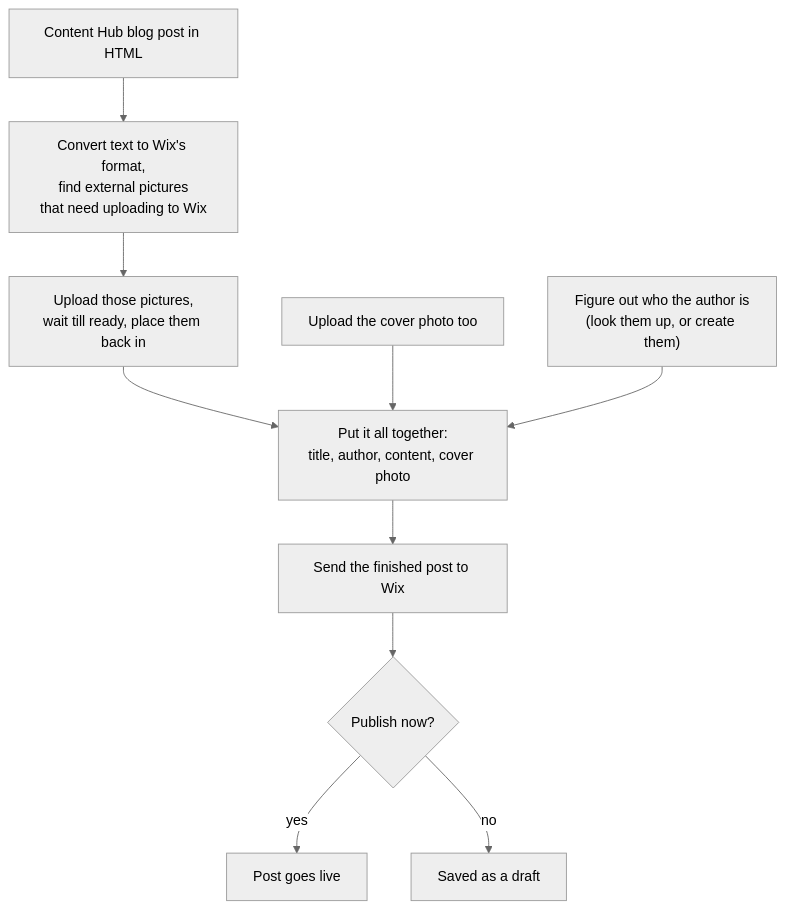
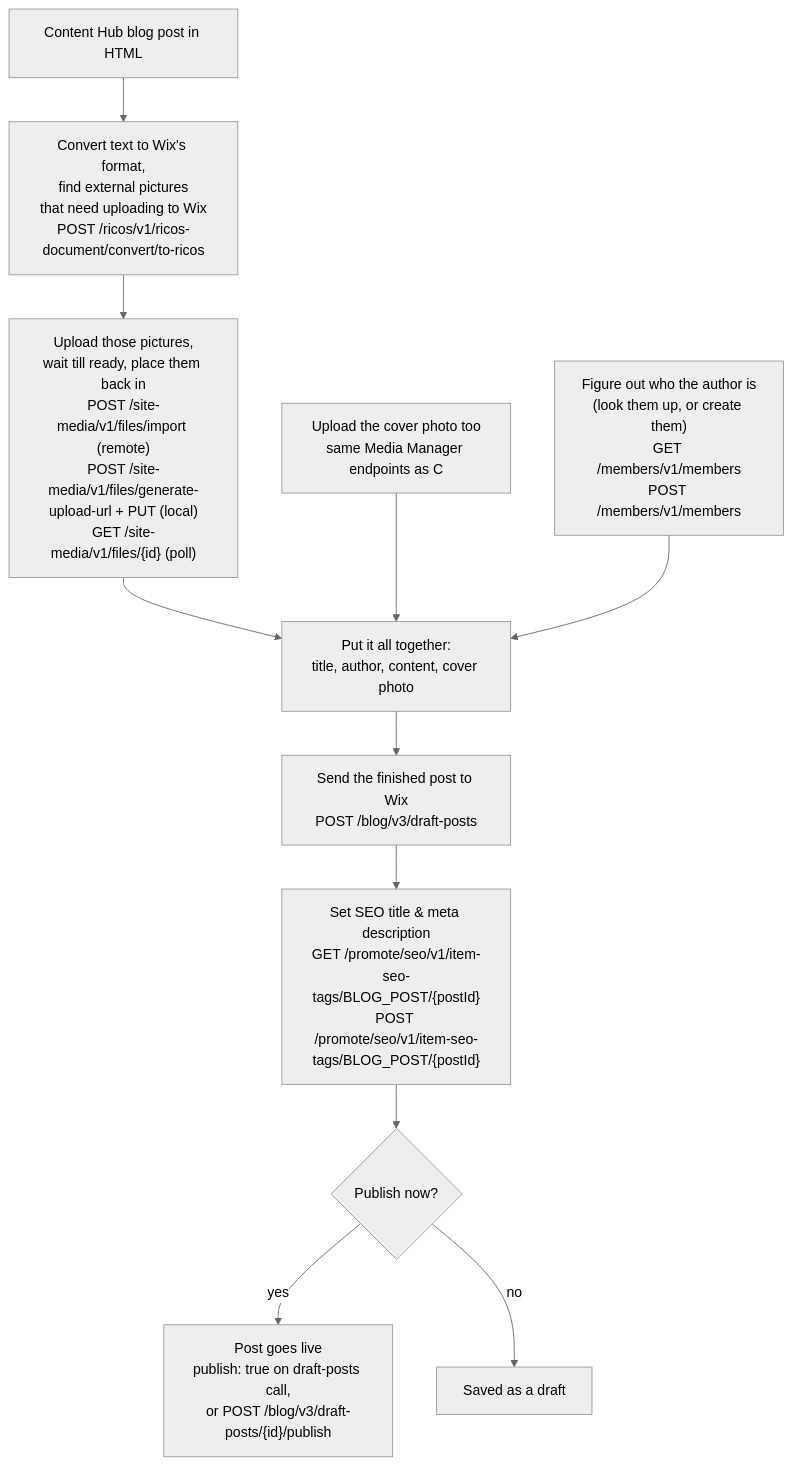
One commit to Frontend-Falcon/wix-demo changed the second of 2 diagrams in docs/wix-blog-publish-guide.md. Above: the diagram before and after it, drawn with Mermaid (neutral theme). The commit also changed other lines of this file, not shown here.

````diff
--- a/docs/wix-blog-publish-guide.md
+++ b/docs/wix-blog-publish-guide.md
@@ -50,13 +50,14 @@
 ```mermaid
 flowchart TD
     A["Content Hub blog post in HTML"] --> E
-    E["Convert text to Wix's format,\nfind external pictures\nthat need uploading to Wix"] --> C
-    C["Upload those pictures,\nwait till ready, place them back in"] --> H
-    Cover["Upload the cover photo too"] --> H
-    G["Figure out who the author is\n(look them up, or create them)"] --> H
+    E["Convert text to Wix's format,\nfind external pictures\nthat need uploading to Wix\nPOST /ricos/v1/ricos-document/convert/to-ricos"] --> C
+    C["Upload those pictures,\nwait till ready, place them back in\nPOST /site-media/v1/files/import (remote)\nPOST /site-media/v1/files/generate-upload-url + PUT (local)\nGET /site-media/v1/files/{id} (poll)"] --> H
+    Cover["Upload the cover photo too\nsame Media Manager endpoints as C"] --> H
+    G["Figure out who the author is\n(look them up, or create them)\nGET /members/v1/members\nPOST /members/v1/members"] --> H
     H["Put it all together:\ntitle, author, content, cover photo"]
-    H --> J["Send the finished post to Wix"]
-    J --> K{"Publish now?"}
-    K -->|yes| L["Post goes live"]
+    H --> J["Send the finished post to Wix\nPOST /blog/v3/draft-posts"]
+    J --> N["Set SEO title & meta description\nGET /promote/seo/v1/item-seo-tags/BLOG_POST/{postId}\nPOST /promote/seo/v1/item-seo-tags/BLOG_POST/{postId}"]
+    N --> K{"Publish now?"}
+    K -->|yes| L["Post goes live\npublish: true on draft-posts call,\nor POST /blog/v3/draft-posts/{id}/publish"]
     K -->|no| M["Saved as a draft"]
 ```
````
